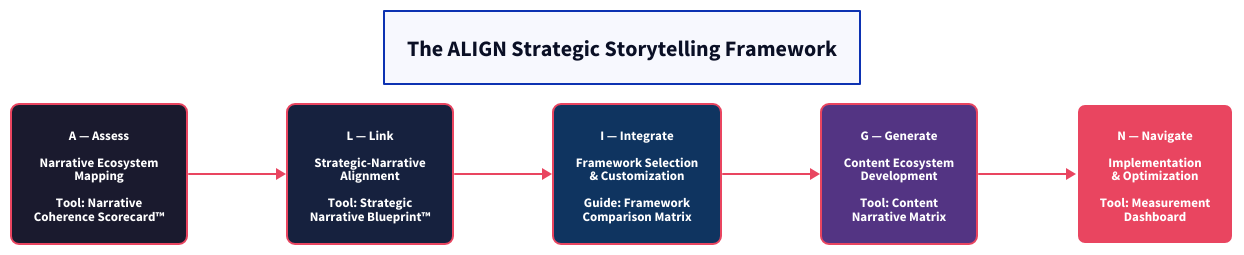
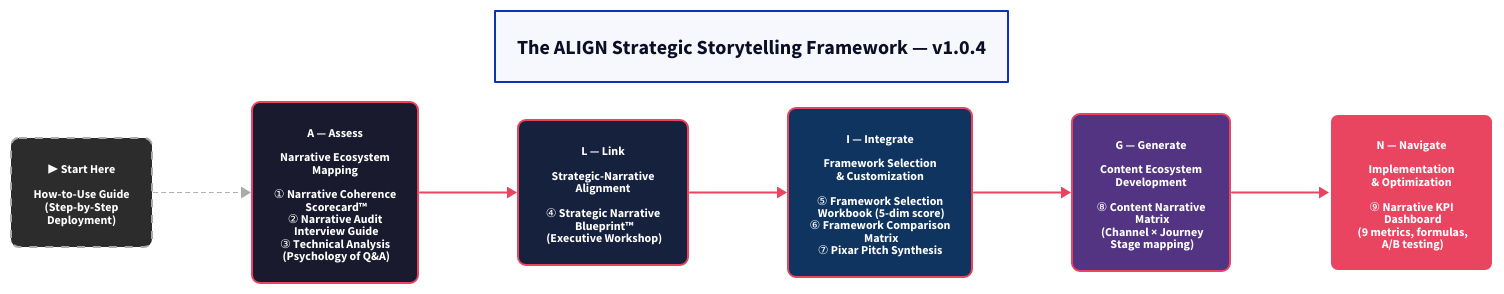
Before and after one commit to diShine-digital-agency/align-framework: the diagram in assets/align-framework-overview.d2, drawn with D2. The commit also changed 7 other files, not shown here.

First line of the commit message:
Update all diagrams to reflect full v1.0.4 tool set (v1.0.5)

```diff
--- a/assets/align-framework-overview.d2
+++ b/assets/align-framework-overview.d2
@@ -1,100 +1,121 @@
 direction: right
 
 title: {
-  label: "The ALIGN Strategic Storytelling Framework"
+  label: "The ALIGN Strategic Storytelling Framework — v1.0.4"
   near: top-center
   style: {
-    font-size: 22
+    font-size: 20
     bold: true
+  }
+}
+
+START: "▶  Start Here\n\nHow-to-Use Guide\n(Step-by-Step\nDeployment)" {
+  shape: rectangle
+  style: {
+    fill: "#2c2c2c"
+    font-color: "#ffffff"
+    stroke: "#aaaaaa"
+    stroke-width: 2
+    border-radius: 8
+    font-size: 12
+    stroke-dash: 4
   }
 }
 
 A: "A — Assess" {
   shape: rectangle
-  label: "A — Assess\n\nNarrative Ecosystem\nMapping\n\nTool: Narrative\nCoherence Scorecard™"
+  label: "A — Assess\n\nNarrative Ecosystem\nMapping\n\n① Narrative Coherence\n   Scorecard™\n② Narrative Audit\n   Interview Guide\n③ Technical Analysis\n   (Psychology of Q&A)"
   style: {
     fill: "#1a1a2e"
     font-color: "#ffffff"
     stroke: "#e94560"
     stroke-width: 2
     border-radius: 8
-    font-size: 13
+    font-size: 12
   }
 }
 
 L: "L — Link" {
   shape: rectangle
-  label: "L — Link\n\nStrategic-Narrative\nAlignment\n\nTool: Strategic\nNarrative Blueprint™"
+  label: "L — Link\n\nStrategic-Narrative\nAlignment\n\n④ Strategic Narrative\n   Blueprint™\n   (Executive Workshop)"
   style: {
     fill: "#16213e"
     font-color: "#ffffff"
     stroke: "#e94560"
     stroke-width: 2
     border-radius: 8
-    font-size: 13
+    font-size: 12
   }
 }
 
 I: "I — Integrate" {
   shape: rectangle
-  label: "I — Integrate\n\nFramework Selection\n& Customization\n\nGuide: Framework\nComparison Matrix"
+  label: "I — Integrate\n\nFramework Selection\n& Customization\n\n⑤ Framework Selection\n   Workbook (5-dim score)\n⑥ Framework Comparison\n   Matrix\n⑦ Pixar Pitch Synthesis"
   style: {
     fill: "#0f3460"
     font-color: "#ffffff"
     stroke: "#e94560"
     stroke-width: 2
     border-radius: 8
-    font-size: 13
+    font-size: 12
   }
 }
 
 G: "G — Generate" {
   shape: rectangle
-  label: "G — Generate\n\nContent Ecosystem\nDevelopment\n\nTool: Content\nNarrative Matrix"
+  label: "G — Generate\n\nContent Ecosystem\nDevelopment\n\n⑧ Content Narrative\n   Matrix\n   (Channel × Journey\n   Stage mapping)"
   style: {
     fill: "#533483"
     font-color: "#ffffff"
     stroke: "#e94560"
     stroke-width: 2
     border-radius: 8
-    font-size: 13
+    font-size: 12
   }
 }
 
 N: "N — Navigate" {
   shape: rectangle
-  label: "N — Navigate\n\nImplementation\n& Optimization\n\nTool: Measurement\nDashboard"
+  label: "N — Navigate\n\nImplementation\n& Optimization\n\n⑨ Narrative KPI\n   Dashboard\n   (9 metrics, formulas,\n   A/B testing)"
   style: {
     fill: "#e94560"
     font-color: "#ffffff"
     stroke: "#ffffff"
     stroke-width: 2
     border-radius: 8
-    font-size: 13
+    font-size: 12
+  }
+}
+
+START -> A: "" {
+  style: {
+    stroke: "#aaaaaa"
+    stroke-width: 1
+    stroke-dash: 4
   }
 }
 
 A -> L: "" {
   style: {
     stroke: "#e94560"
     stroke-width: 2
   }
 }
 L -> I: "" {
   style: {
     stroke: "#e94560"
     stroke-width: 2
   }
 }
 I -> G: "" {
   style: {
     stroke: "#e94560"
     stroke-width: 2
   }
 }
 G -> N: "" {
   style: {
     stroke: "#e94560"
     stroke-width: 2
   }
 }
```
